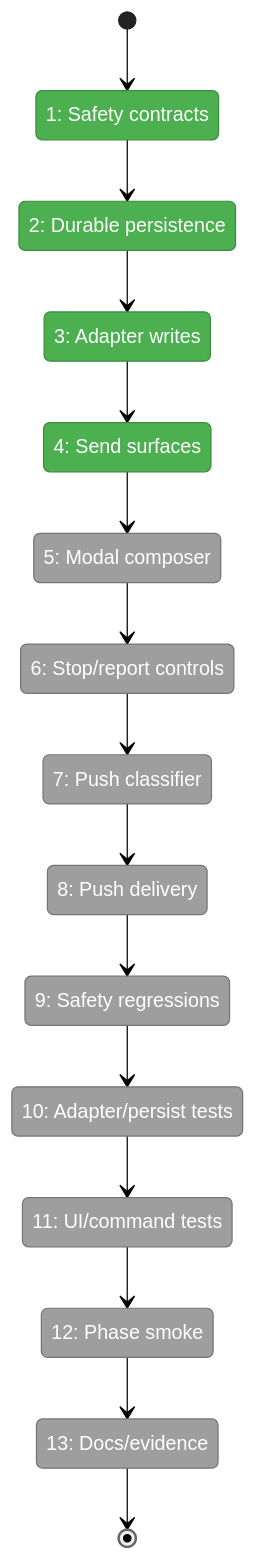
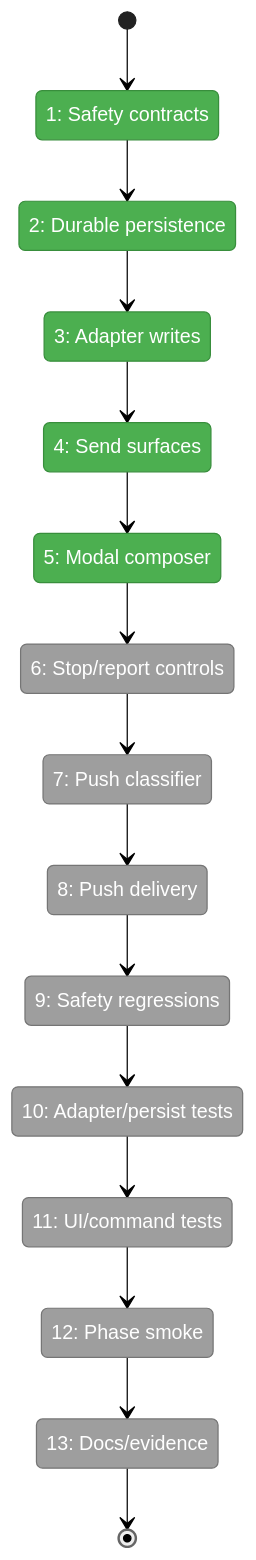
Before and after one commit to vaughanknight/pij: the first of 2 diagrams in docs/plans/007-options-for-pi-extensions-that-do-subagents/tasks/phase-3-interaction-push-context-and-hardening/tasks.fltplan.md, drawn with Mermaid (neutral theme). The commit also changed other lines of this file and 5 other files, not shown here.

````diff
--- a/docs/plans/007-options-for-pi-extensions-that-do-subagents/tasks/phase-3-interaction-push-context-and-hardening/tasks.fltplan.md
+++ b/docs/plans/007-options-for-pi-extensions-that-do-subagents/tasks/phase-3-interaction-push-context-and-hardening/tasks.fltplan.md
@@ -43,39 +43,39 @@
 ```mermaid
 stateDiagram-v2
     classDef pending fill:#9E9E9E,stroke:#757575,color:#fff
     classDef active fill:#FFC107,stroke:#FFA000,color:#000
     classDef done fill:#4CAF50,stroke:#388E3C,color:#fff
     classDef blocked fill:#F44336,stroke:#D32F2F,color:#fff
 
     state "1: Safety contracts" as S1
     state "2: Durable persistence" as S2
     state "3: Adapter writes" as S3
     state "4: Send surfaces" as S4
     state "5: Modal composer" as S5
     state "6: Stop/report controls" as S6
     state "7: Push classifier" as S7
     state "8: Push delivery" as S8
     state "9: Safety regressions" as S9
     state "10: Adapter/persist tests" as S10
     state "11: UI/command tests" as S11
     state "12: Phase smoke" as S12
     state "13: Docs/evidence" as S13
 
     [*] --> S1
     S1 --> S2
     S2 --> S3
     S3 --> S4
     S4 --> S5
     S5 --> S6
     S6 --> S7
     S7 --> S8
     S8 --> S9
     S9 --> S10
     S10 --> S11
     S11 --> S12
     S12 --> S13
     S13 --> [*]
 
-    class S1,S2,S3,S4 done
-    class S5,S6,S7,S8,S9,S10,S11,S12,S13 pending
+    class S1,S2,S3,S4,S5 done
+    class S6,S7,S8,S9,S10,S11,S12,S13 pending
 ```
````
